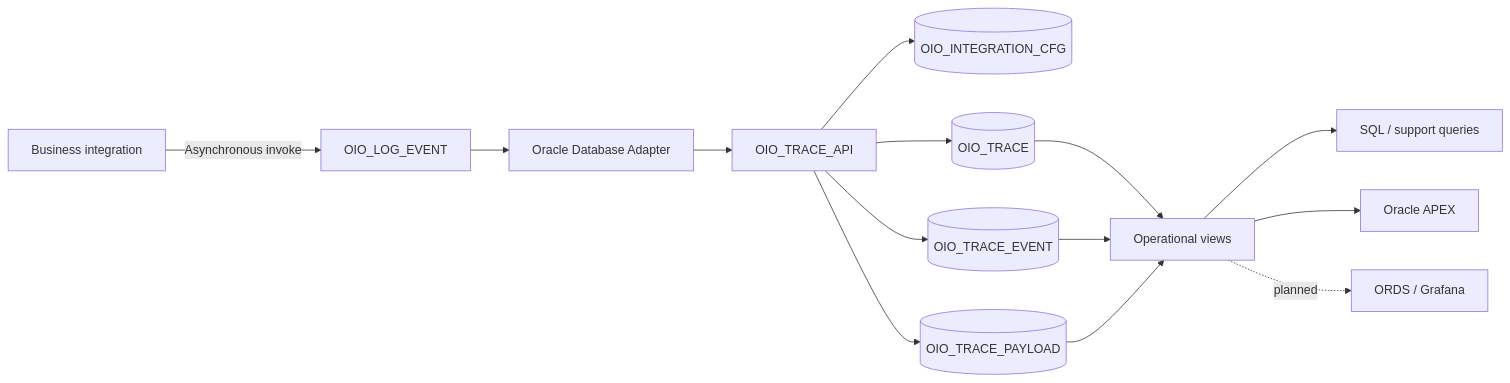
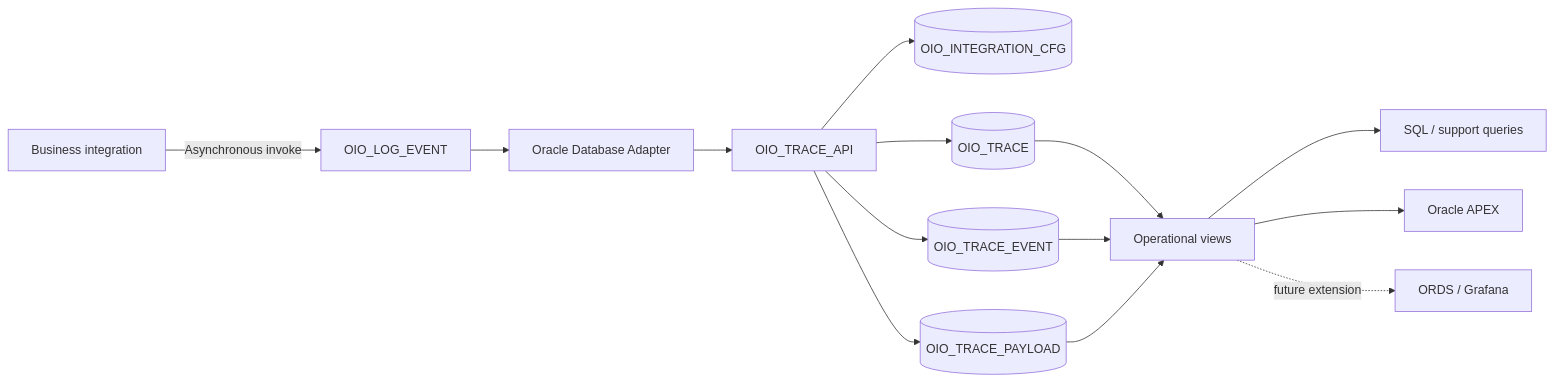
One commit to lucianosilva/oracle-integration-observability changed the first of 4 diagrams in docs/architecture.md. Above: the diagram before and after it, drawn with Mermaid. The commit also changed other lines of this file and 9 other files, not shown here.

````diff
--- a/docs/architecture.md
+++ b/docs/architecture.md
@@ -52,19 +52,19 @@
 ```mermaid
 flowchart LR
     A[Business integration] -->|Asynchronous invoke| B[OIO_LOG_EVENT]
     B --> C[Oracle Database Adapter]
     C --> D[OIO_TRACE_API]
 
     D --> E[(OIO_INTEGRATION_CFG)]
     D --> F[(OIO_TRACE)]
     D --> G[(OIO_TRACE_EVENT)]
     D --> H[(OIO_TRACE_PAYLOAD)]
 
     F --> I[Operational views]
     G --> I
     H --> I
 
     I --> J[SQL / support queries]
     I --> K[Oracle APEX]
-    I -. planned .-> L[ORDS / Grafana]
+    I -. future extension .-> L[ORDS / Grafana]
 ```
````
